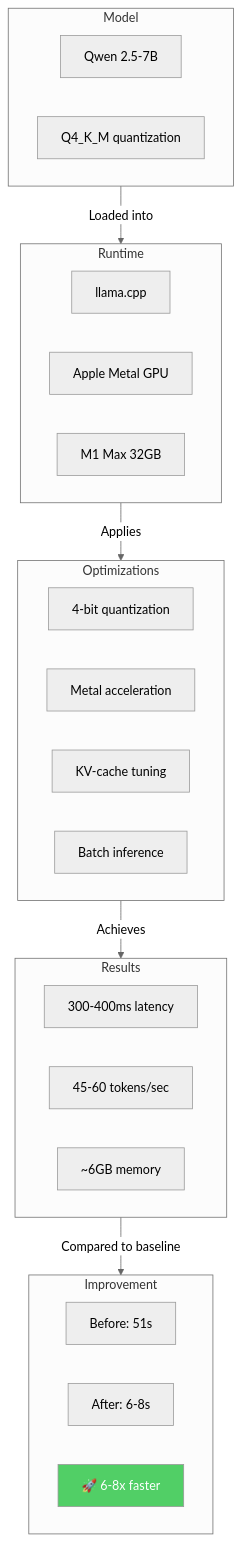
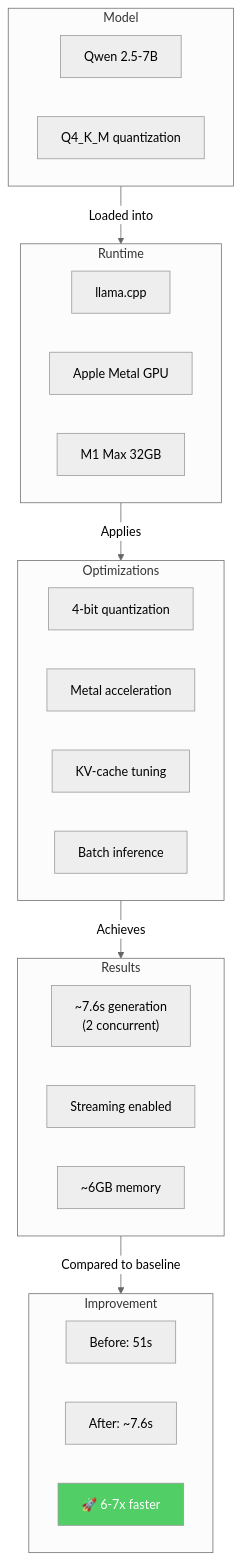
One commit to asq-sheriff/SHOWCASE_REPO-Therapeutic_AI_Companion changed the eighth of 11 diagrams in docs/TECHNICAL_PORTFOLIO.md. Above: the diagram before and after it, drawn with Mermaid (neutral theme). The commit also changed other lines of this file and 7 other files, not shown here.

First line of the commit message:
docs: Sync all documentation with current state and accelerated roadmap

````diff
--- a/docs/TECHNICAL_PORTFOLIO.md
+++ b/docs/TECHNICAL_PORTFOLIO.md
@@ -512,39 +533,39 @@
 ```mermaid
 flowchart TD
     subgraph Model["Model"]
         M1["Qwen 2.5-7B"]
         M2["Q4_K_M quantization"]
     end
 
     subgraph Runtime["Runtime"]
         R1["llama.cpp"]
         R2["Apple Metal GPU"]
         R3["M1 Max 32GB"]
     end
 
     subgraph Opts["Optimizations"]
         O1["4-bit quantization"]
         O2["Metal acceleration"]
         O3["KV-cache tuning"]
         O4["Batch inference"]
     end
 
     subgraph Results["Results"]
-        P1["300-400ms latency"]
-        P2["45-60 tokens/sec"]
+        P1["~7.6s generation<br/>(2 concurrent)"]
+        P2["Streaming enabled"]
         P3["~6GB memory"]
     end
 
     subgraph Improvement["Improvement"]
         I1["Before: 51s"]
-        I2["After: 6-8s"]
-        I3["🚀 6-8x faster"]
+        I2["After: ~7.6s"]
+        I3["🚀 6-7x faster"]
     end
 
     Model -->|"Loaded into"| Runtime
     Runtime -->|"Applies"| Opts
     Opts -->|"Achieves"| Results
     Results -->|"Compared to baseline"| Improvement
 
     style I3 fill:#51cf66,color:#fff
 ```
````
